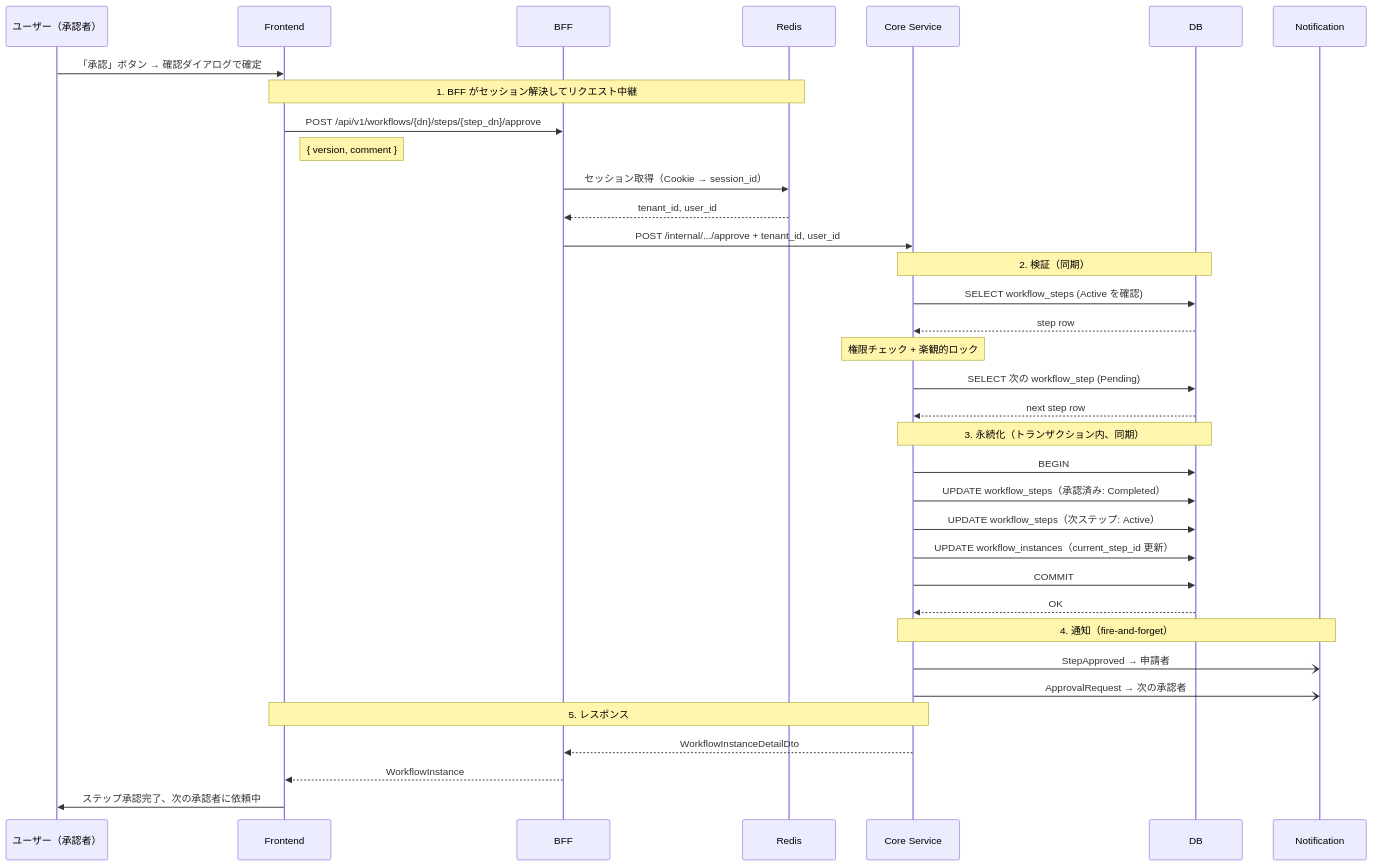
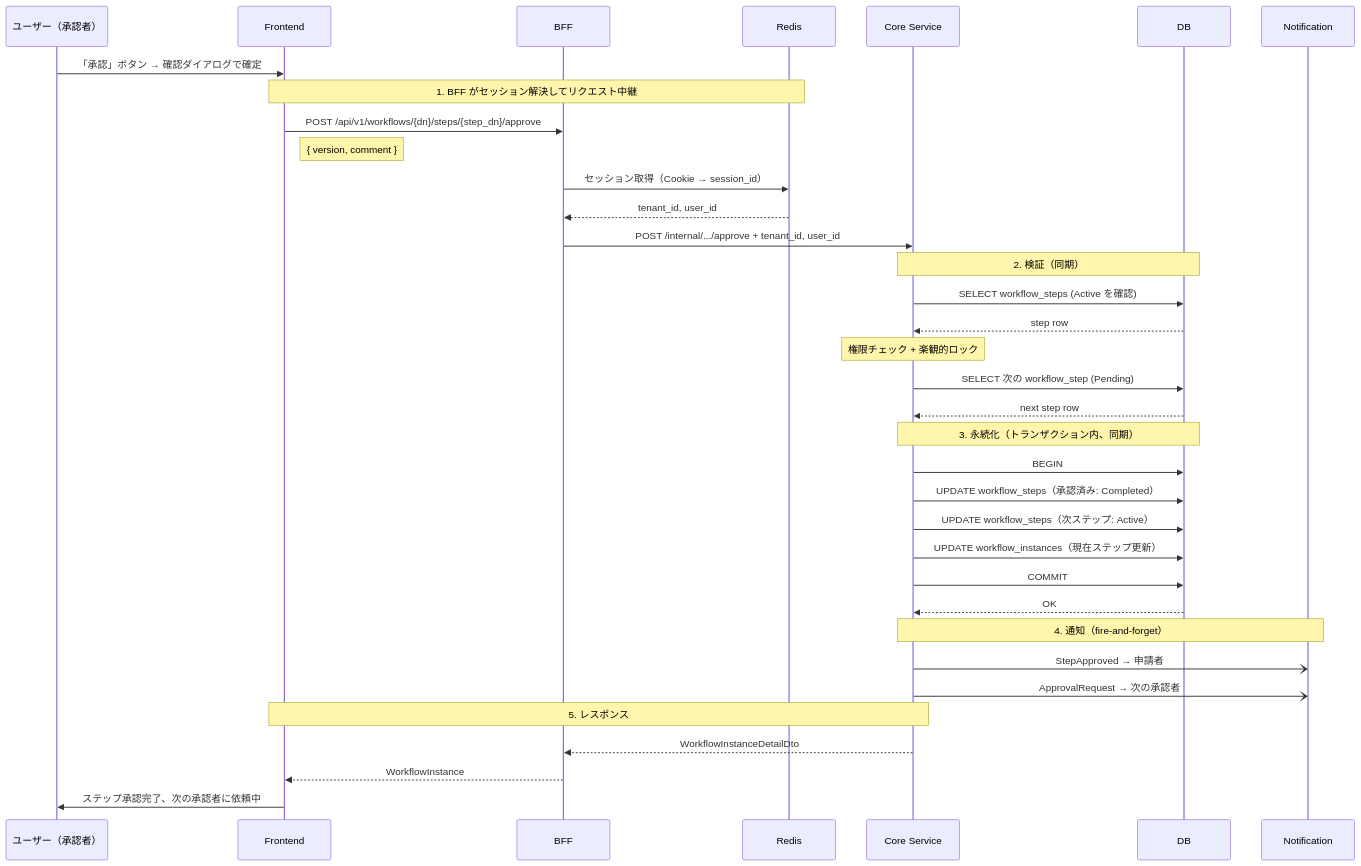
One commit to ka2kama/ringiflow changed the first of 6 diagrams in docs/90_実装解説/ワークフロー/02_承認・却下フロー.md. Above: the diagram before and after it, drawn with Mermaid. The commit also changed other lines of this file and 4 other files, not shown here.

First line of the commit message:
#1128 Add remaining workflow E2E flow docs (#1133)

````diff
--- a/docs/90_実装解説/ワークフロー/02_承認・却下フロー.md
+++ b/docs/90_実装解説/ワークフロー/02_承認・却下フロー.md
@@ -14,43 +14,43 @@
 ```mermaid
 sequenceDiagram
     participant U as ユーザー（承認者）
     participant FE as Frontend
     participant BFF as BFF
     participant Redis as Redis
     participant Core as Core Service
     participant DB as DB
     participant Notify as Notification
 
     U->>FE: 「承認」ボタン → 確認ダイアログで確定
 
     Note over FE, Redis: 1. BFF がセッション解決してリクエスト中継
     FE->>BFF: POST /api/v1/workflows/{dn}/steps/{step_dn}/approve
     Note right of FE: { version, comment }
     BFF->>Redis: セッション取得（Cookie → session_id）
     Redis-->>BFF: tenant_id, user_id
     BFF->>Core: POST /internal/.../approve + tenant_id, user_id
 
     Note over Core, DB: 2. 検証（同期）
     Core->>DB: SELECT workflow_steps (Active を確認)
     DB-->>Core: step row
     Note over Core: 権限チェック + 楽観的ロック
     Core->>DB: SELECT 次の workflow_step (Pending)
     DB-->>Core: next step row
 
     Note over Core, DB: 3. 永続化（トランザクション内、同期）
     Core->>DB: BEGIN
     Core->>DB: UPDATE workflow_steps（承認済み: Completed）
     Core->>DB: UPDATE workflow_steps（次ステップ: Active）
-    Core->>DB: UPDATE workflow_instances（current_step_id 更新）
+    Core->>DB: UPDATE workflow_instances（現在ステップ更新）
     Core->>DB: COMMIT
     DB-->>Core: OK
 
     Note over Core, Notify: 4. 通知（fire-and-forget）
     Core-)Notify: StepApproved → 申請者
     Core-)Notify: ApprovalRequest → 次の承認者
 
     Note over Core, FE: 5. レスポンス
     Core-->>BFF: WorkflowInstanceDetailDto
     BFF-->>FE: WorkflowInstance
     FE->>U: ステップ承認完了、次の承認者に依頼中
 ```
````
